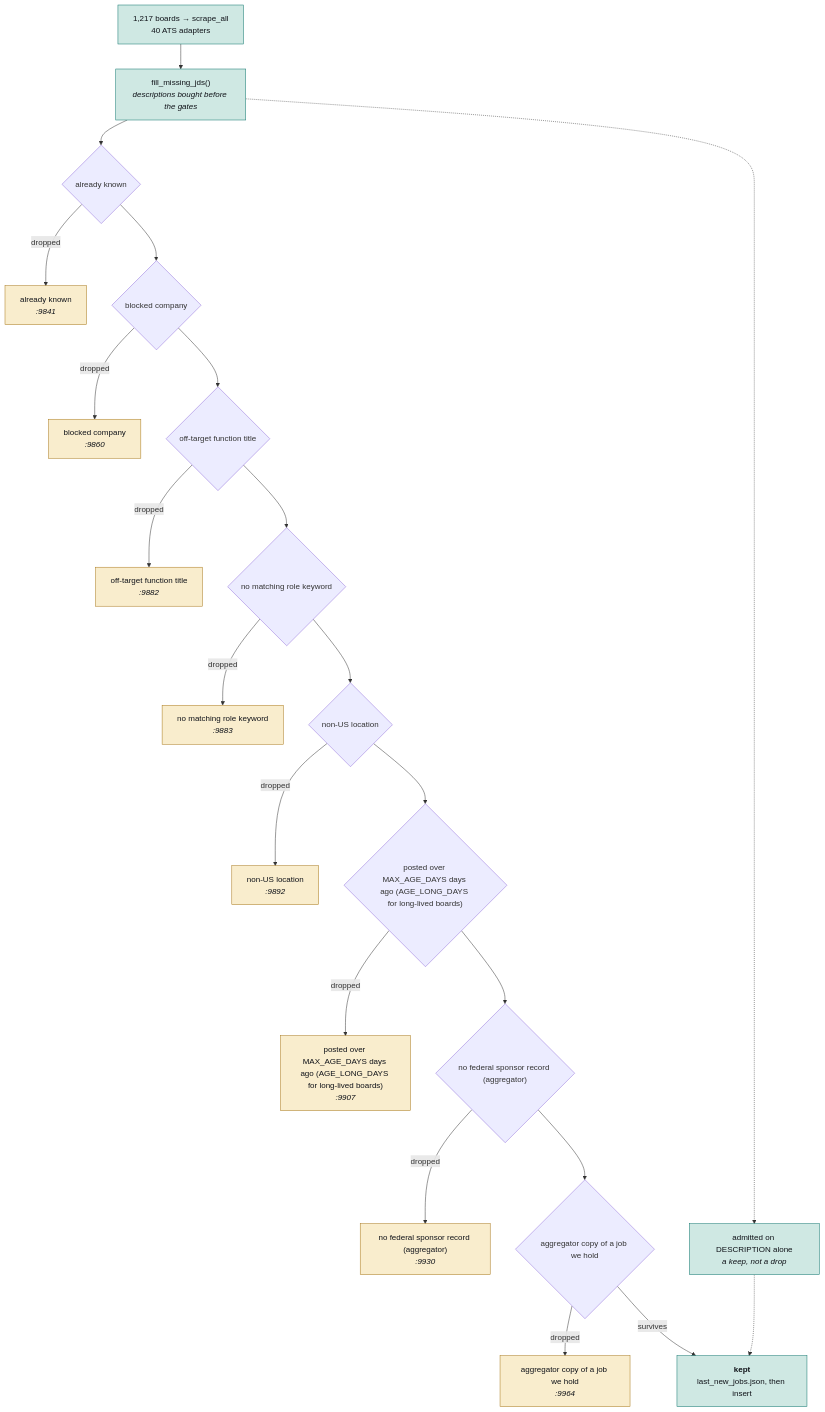
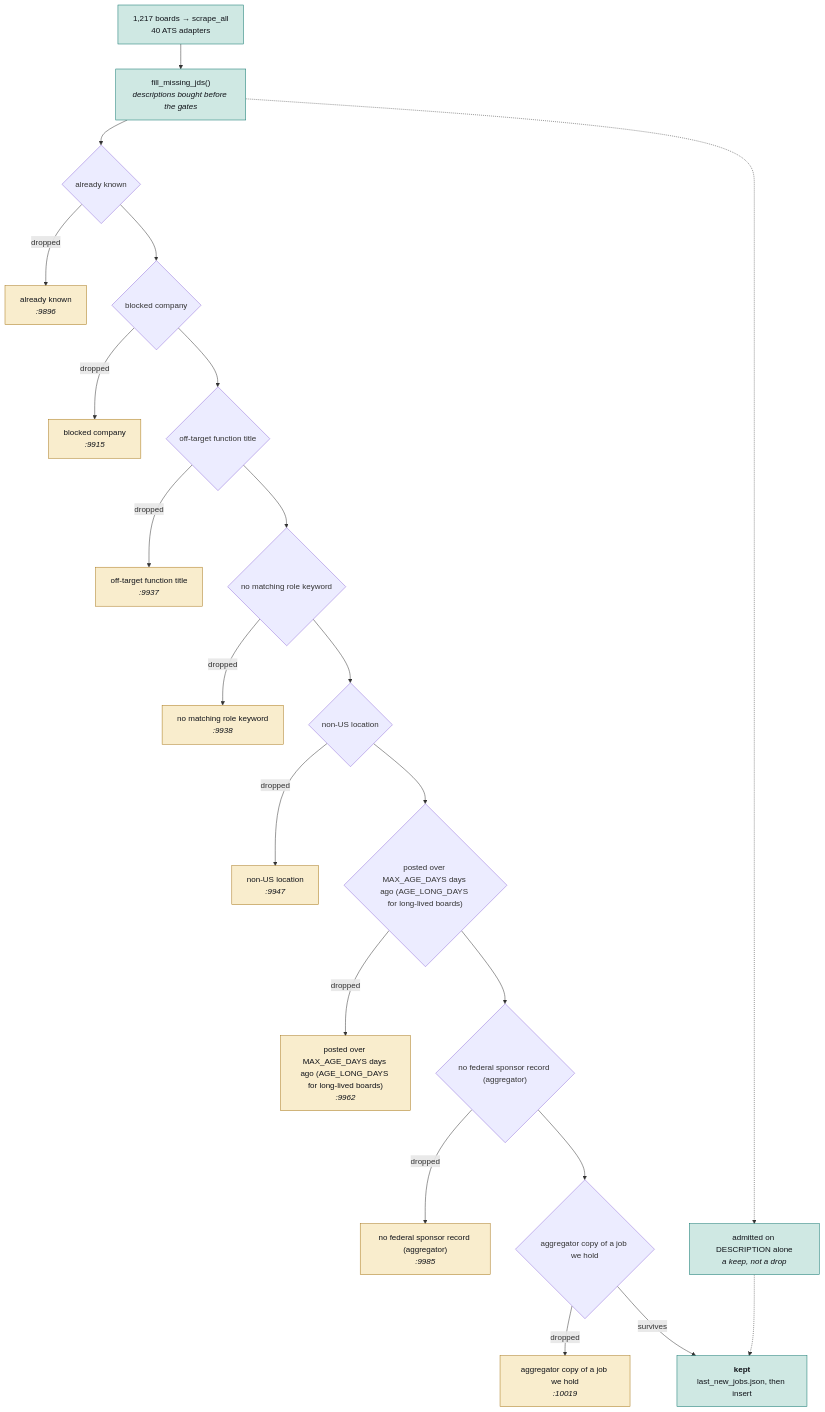
One commit to hadakunal909-debug/job-search-tool changed the second of 4 diagrams in JobMatch Scraper/docs/ARCHITECTURE.md. Above: the diagram before and after it, drawn with Mermaid. The commit also changed other lines of this file and 8 other files, not shown here.

````diff
--- a/JobMatch Scraper/docs/ARCHITECTURE.md
+++ b/JobMatch Scraper/docs/ARCHITECTURE.md
@@ -106,54 +106,54 @@
 ```mermaid
 flowchart TB
   SRC["1,217 boards → scrape_all<br/>40 ATS adapters"]
   JD["fill_missing_jds()<br/><i>descriptions bought before the gates</i>"]
   SRC --> JD
   G0{"already known"}
-  D0["already known<br/><i>:9841</i>"]
+  D0["already known<br/><i>:9896</i>"]
   JD --> G0
   G0 -->|dropped| D0
   class D0 trap
   G1{"blocked company"}
-  D1["blocked company<br/><i>:9860</i>"]
+  D1["blocked company<br/><i>:9915</i>"]
   G0 --> G1
   G1 -->|dropped| D1
   class D1 trap
   G2{"off-target function title"}
-  D2["off-target function title<br/><i>:9882</i>"]
+  D2["off-target function title<br/><i>:9937</i>"]
   G1 --> G2
   G2 -->|dropped| D2
   class D2 trap
   G3{"no matching role keyword"}
-  D3["no matching role keyword<br/><i>:9883</i>"]
+  D3["no matching role keyword<br/><i>:9938</i>"]
   G2 --> G3
   G3 -->|dropped| D3
   class D3 trap
   G4{"non-US location"}
-  D4["non-US location<br/><i>:9892</i>"]
+  D4["non-US location<br/><i>:9947</i>"]
   G3 --> G4
   G4 -->|dropped| D4
   class D4 trap
   G5{"posted over MAX_AGE_DAYS days ago (AGE_LONG_DAYS for long-lived boards)"}
-  D5["posted over MAX_AGE_DAYS days ago (AGE_LONG_DAYS for long-lived boards)<br/><i>:9907</i>"]
+  D5["posted over MAX_AGE_DAYS days ago (AGE_LONG_DAYS for long-lived boards)<br/><i>:9962</i>"]
   G4 --> G5
   G5 -->|dropped| D5
   class D5 trap
   G6{"no federal sponsor record (aggregator)"}
-  D6["no federal sponsor record (aggregator)<br/><i>:9930</i>"]
+  D6["no federal sponsor record (aggregator)<br/><i>:9985</i>"]
   G5 --> G6
   G6 -->|dropped| D6
   class D6 trap
   G7{"aggregator copy of a job we hold"}
-  D7["aggregator copy of a job we hold<br/><i>:9964</i>"]
+  D7["aggregator copy of a job we hold<br/><i>:10019</i>"]
   G6 --> G7
   G7 -->|dropped| D7
   class D7 trap
   KEEP["<b>kept</b><br/>last_new_jobs.json, then insert"]
   G7 -->|survives| KEEP
   RESCUE["admitted on DESCRIPTION alone<br/><i>a keep, not a drop</i>"]
   JD -.-> RESCUE
   RESCUE -.-> KEEP
   classDef trap fill:#f9edcd,stroke:#a8781a,color:#101319
   classDef sched fill:#cfe8e3,stroke:#0f766e,color:#101319
   class SRC,JD,KEEP,RESCUE sched
 ```
````
